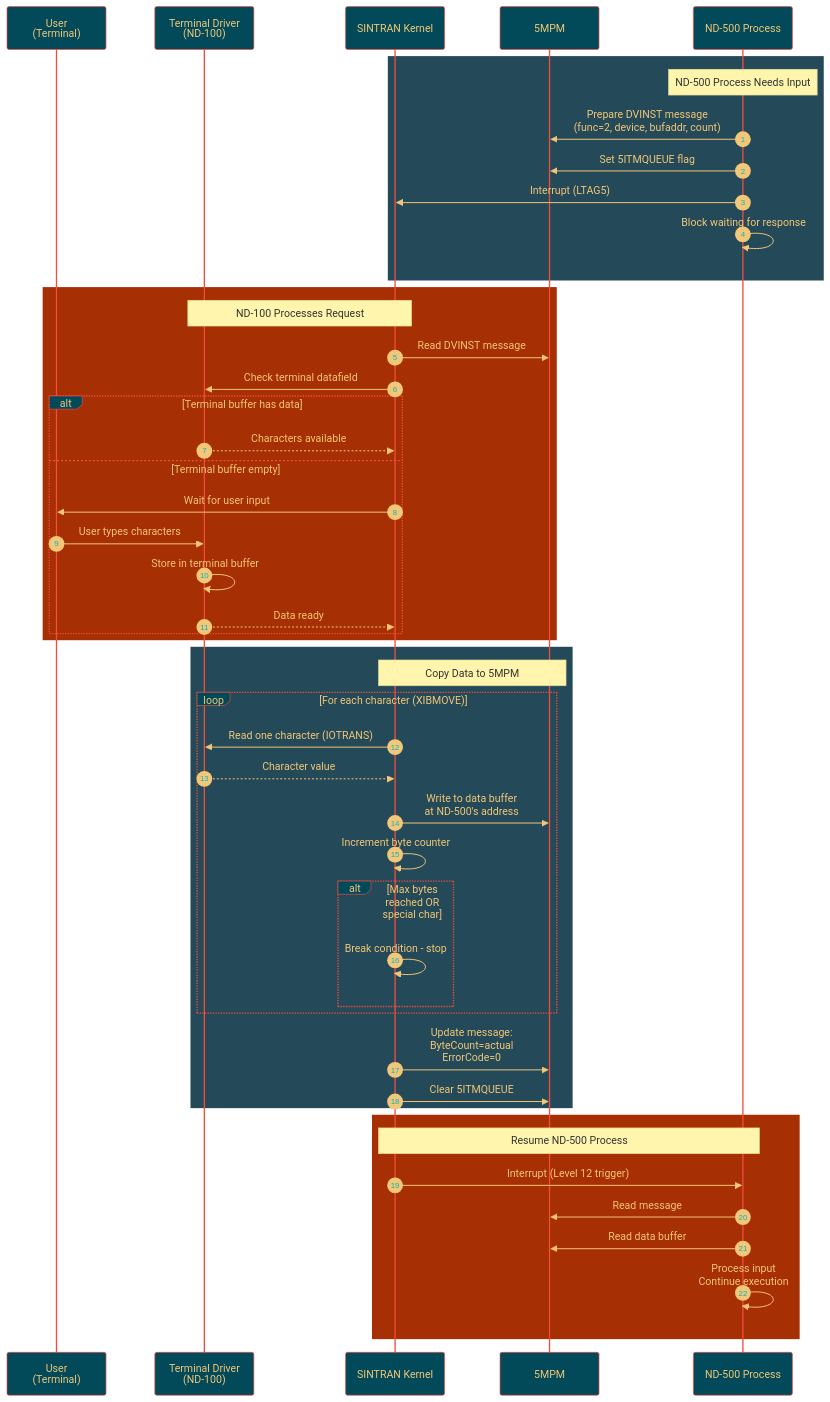
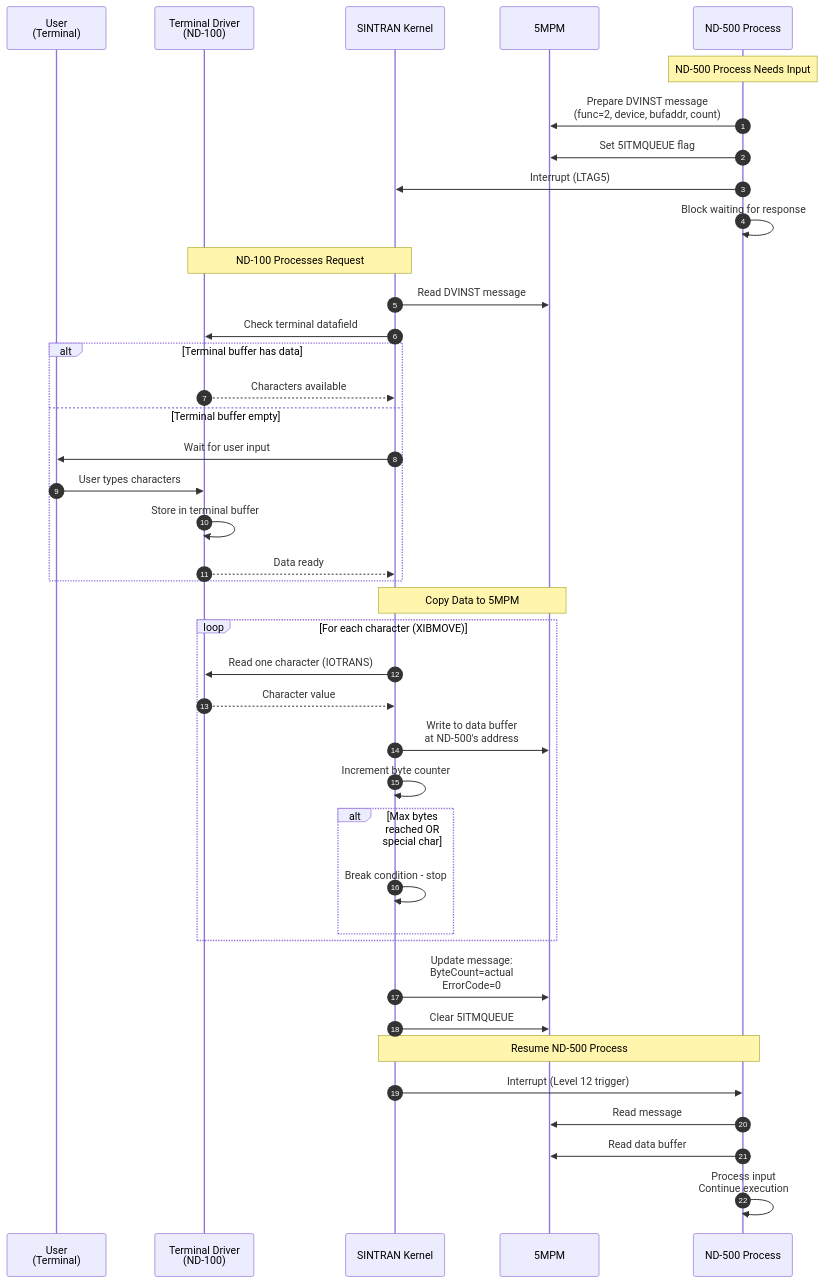
One commit to HackerCorpLabs/NDInsight changed the second of 3 diagrams in SINTRAN/OS/07-ND500-IO-AND-USER-INTERACTION.md. Above: the diagram before and after it, drawn with Mermaid. The commit also changed other lines of this file and 19 other files, not shown here.

Commit message:
Updated Mermaid diagrams

````diff
--- a/SINTRAN/OS/07-ND500-IO-AND-USER-INTERACTION.md
+++ b/SINTRAN/OS/07-ND500-IO-AND-USER-INTERACTION.md
@@ -190,55 +210,46 @@
 ```mermaid
-%%{init: {'theme':'base', 'themeVariables': {'primaryColor':'#024959','primaryTextColor':'#F2C777','primaryBorderColor':'#F24C3D','lineColor':'#F24C3D','secondaryColor':'#A62F03','tertiaryColor':'#F2E8C6'}}}%%
 sequenceDiagram
     autonumber
     participant U as User<br/>(Terminal)
     participant TD as Terminal Driver<br/>(ND-100)
     participant K as SINTRAN Kernel
     participant MPM as 5MPM
     participant P as ND-500 Process
-    
-    rect rgb(36, 73, 89)
+
     note over P: ND-500 Process Needs Input
     P->>MPM: Prepare DVINST message<br/>(func=2, device, bufaddr, count)
     P->>MPM: Set 5ITMQUEUE flag
     P->>K: Interrupt (LTAG5)
     P->>P: Block waiting for response
-    end
-    
-    rect rgb(166, 47, 3)
+
     note over K,TD: ND-100 Processes Request
     K->>MPM: Read DVINST message
     K->>TD: Check terminal datafield
     alt Terminal buffer has data
         TD-->>K: Characters available
     else Terminal buffer empty
         K->>U: Wait for user input
         U->>TD: User types characters
         TD->>TD: Store in terminal buffer
         TD-->>K: Data ready
     end
-    end
-    
-    rect rgb(36, 73, 89)
+
     note over K,MPM: Copy Data to 5MPM
     loop For each character (XIBMOVE)
         K->>TD: Read one character (IOTRANS)
         TD-->>K: Character value
         K->>MPM: Write to data buffer<br/>at ND-500's address
         K->>K: Increment byte counter
         alt Max bytes reached OR special char
             K->>K: Break condition - stop
         end
     end
     K->>MPM: Update message:<br/>ByteCount=actual<br/>ErrorCode=0
     K->>MPM: Clear 5ITMQUEUE
-    end
-    
-    rect rgb(166, 47, 3)
+
     note over K,P: Resume ND-500 Process
     K->>P: Interrupt (Level 12 trigger)
     P->>MPM: Read message
     P->>MPM: Read data buffer
     P->>P: Process input<br/>Continue execution
-    end
 ```
````
